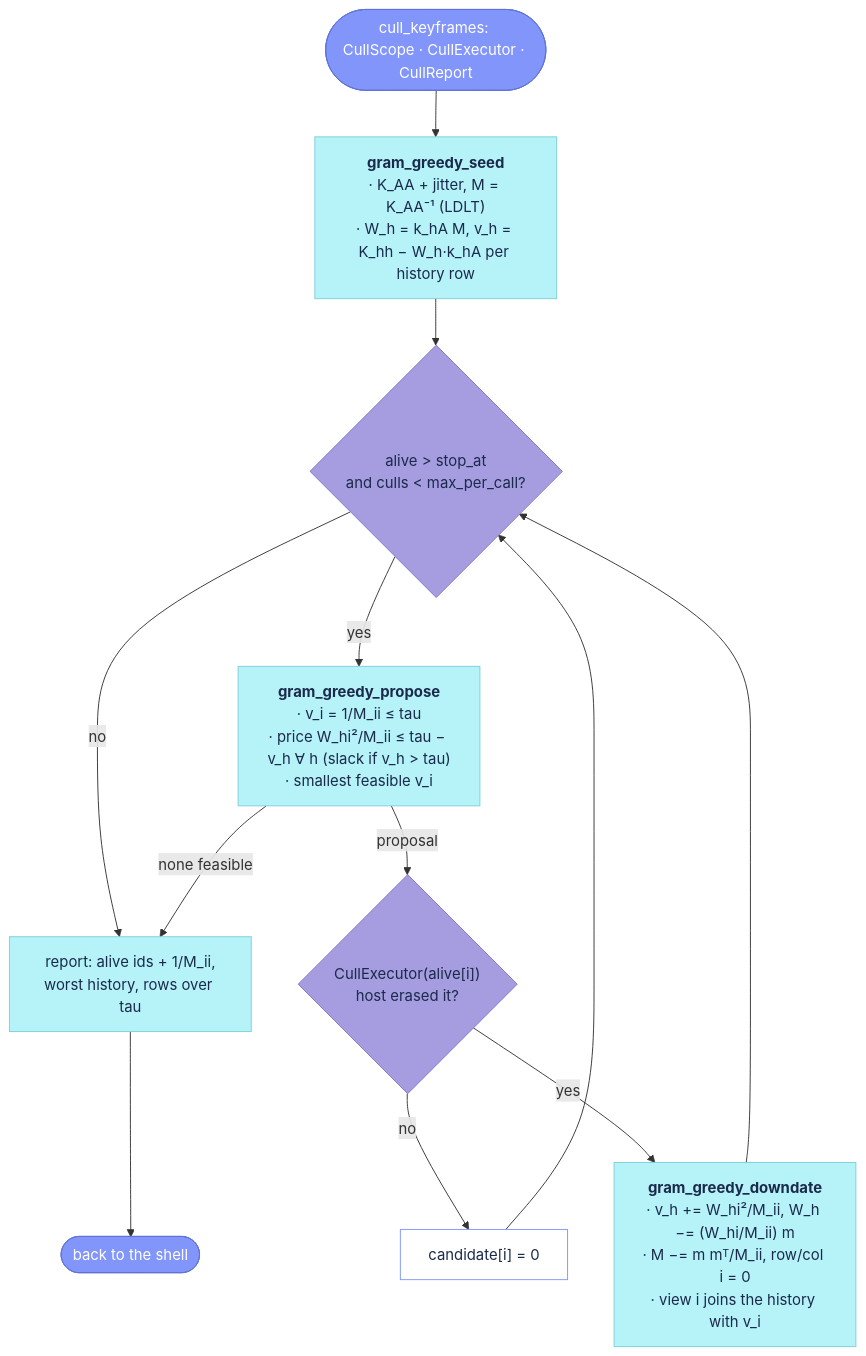
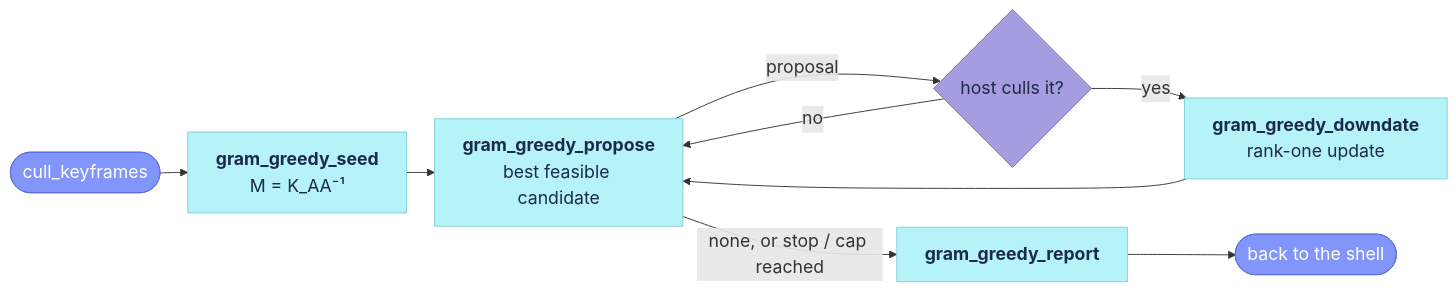
Before and after one commit to alejandrofontan/placecell: the diagram in docs/reference/placecell_gram_greedy.md, drawn with Mermaid. The commit also changed other lines of this file and 4 other files, not shown here.

````diff
--- a/docs/reference/placecell_gram_greedy.md
+++ b/docs/reference/placecell_gram_greedy.md
@@ -22,28 +48,25 @@
 ```mermaid
-flowchart TD
-    SHELL([cull_keyframes: CullScope · CullExecutor · CullReport]) --> SEED["<b>gram_greedy_seed</b><br/>· K_AA + jitter, M = K_AA⁻¹ (LDLT)<br/>· W_h = k_hA M, v_h = K_hh − W_h·k_hA per history row"]
-    SEED --> LOOP{alive > stop_at<br/>and culls < max_per_call?}
-    LOOP -- no --> REP["report: alive ids + 1/M_ii,<br/>worst history, rows over tau"]
-    LOOP -- yes --> PROP["<b>gram_greedy_propose</b><br/>· v_i = 1/M_ii ≤ tau<br/>· price W_hi²/M_ii ≤ tau − v_h ∀ h (slack if v_h > tau)<br/>· smallest feasible v_i"]
-    PROP -- none feasible --> REP
-    PROP -- proposal --> EXEC{"CullExecutor(alive[i])<br/>host erased it?"}
-    EXEC -- no --> SKIP["candidate[i] = 0"] --> LOOP
-    EXEC -- yes --> DOWN["<b>gram_greedy_downdate</b><br/>· v_h += W_hi²/M_ii, W_h −= (W_hi/M_ii) m<br/>· M −= m mᵀ/M_ii, row/col i = 0<br/>· view i joins the history with v_i"] --> LOOP
+%%{init: {"themeVariables": {"fontSize": "19px"}, "flowchart": {"nodeSpacing": 25, "rankSpacing": 30}}}%%
+flowchart LR
+    SHELL([cull_keyframes]) --> SEED["<b>gram_greedy_seed</b><br/>M = K_AA⁻¹"]
+    SEED --> PROP["<b>gram_greedy_propose</b><br/>best feasible candidate"]
+    PROP -- proposal --> EXEC{host culls it?}
+    EXEC -- yes --> DOWN["<b>gram_greedy_downdate</b><br/>rank-one update"] --> PROP
+    EXEC -- no --> PROP
+    PROP -- "none, or stop / cap reached" --> REP["<b>gram_greedy_report</b>"]
     REP --> OUT([back to the shell])
 
     click SEED "#gram_greedy_seed"
     click PROP "#gram_greedy_propose"
     click DOWN "#gram_greedy_downdate"
-    click REP "#cull_gram_greedy"
+    click REP "#gram_greedy_report"
 
     %% VSLAM-LAB logo squares: cyan #b5f3f9, periwinkle #8195fb, lavender #a59ddf
     classDef entry fill:#8195fb,stroke:#5f74d6,color:#fff
     classDef step fill:#b5f3f9,stroke:#7fcfd8,color:#1b2a4a
     classDef check fill:#a59ddf,stroke:#7e75c4,color:#1b2a4a
-    classDef cmd fill:#fff,stroke:#8195fb,color:#1b2a4a
 
     class SHELL,OUT entry
     class SEED,PROP,DOWN,REP step
-    class LOOP,EXEC check
-    class SKIP cmd
+    class EXEC check
 ```
````
